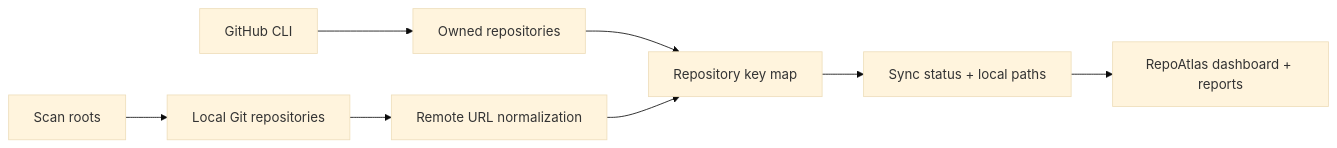
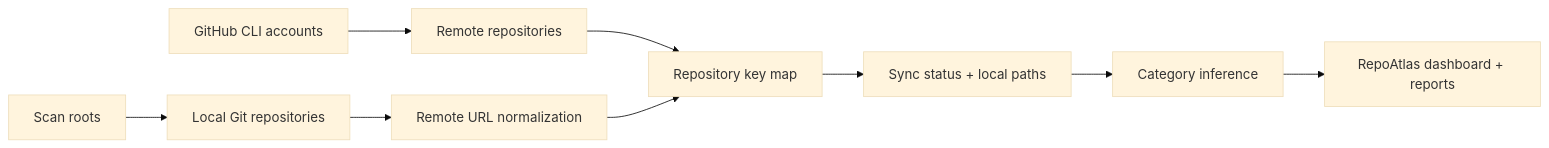
The diagram in README.md (Harzva/RepoAtlas), drawn with Mermaid (base theme) before and after one commit. The commit also changed other lines of this file and 17 other files, not shown here.

````diff
--- a/README.md
+++ b/README.md
@@ -74,10 +77,11 @@
 ```mermaid
 flowchart LR
-  A["GitHub CLI"] --> B["Owned repositories"]
+  A["GitHub CLI accounts"] --> B["Remote repositories"]
   C["Scan roots"] --> D["Local Git repositories"]
   D --> E["Remote URL normalization"]
   B --> F["Repository key map"]
   E --> F
   F --> G["Sync status + local paths"]
-  G --> H["RepoAtlas dashboard + reports"]
+  G --> H["Category inference"]
+  H --> I["RepoAtlas dashboard + reports"]
 ```
````
